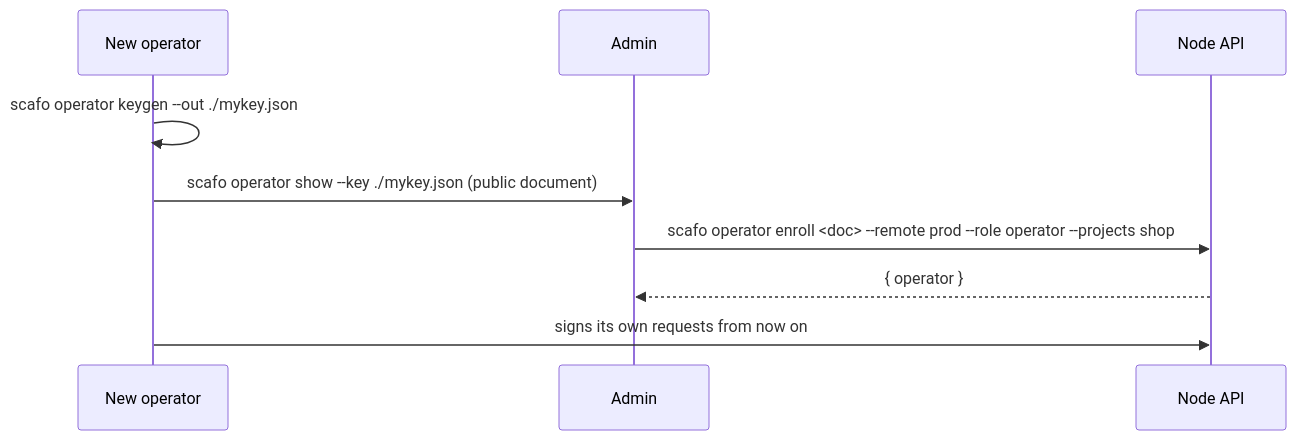
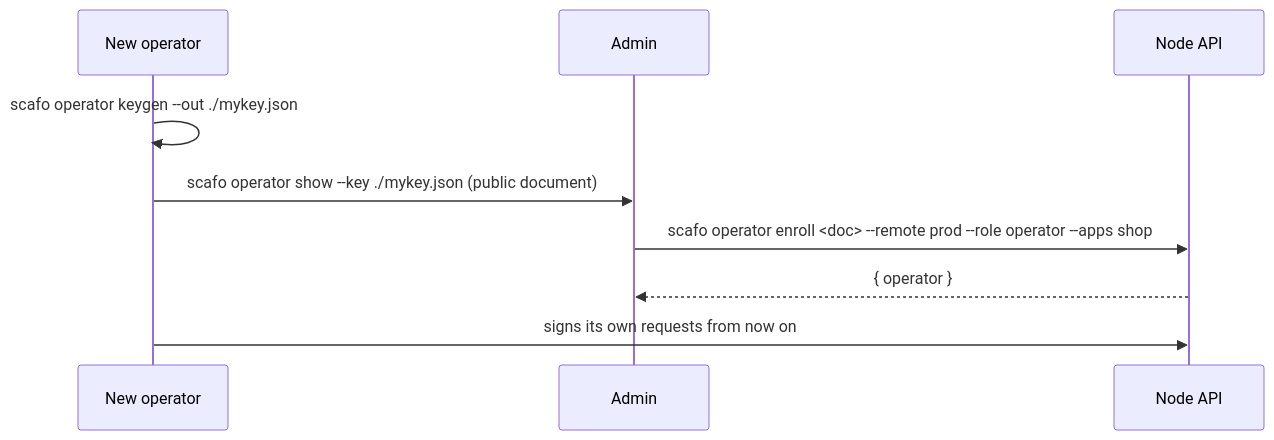
Before and after one commit to sandros94/scafo-docs: the diagram in 1.docs/15.operators.md, drawn with Mermaid. The commit also changed other lines of this file and 36 other files, not shown here.

````diff
--- a/1.docs/15.operators.md
+++ b/1.docs/15.operators.md
@@ -77,12 +87,12 @@
 ```mermaid
 sequenceDiagram
   participant B as New operator
   participant A as Admin
   participant N as Node API
 
   B->>B: scafo operator keygen --out ./mykey.json
   B->>A: scafo operator show --key ./mykey.json  (public document)
-  A->>N: scafo operator enroll <doc> --remote prod --role operator --projects shop
+  A->>N: scafo operator enroll <doc> --remote prod --role operator --apps shop
   N-->>A: { operator }
   B->>N: signs its own requests from now on
 ```
````
